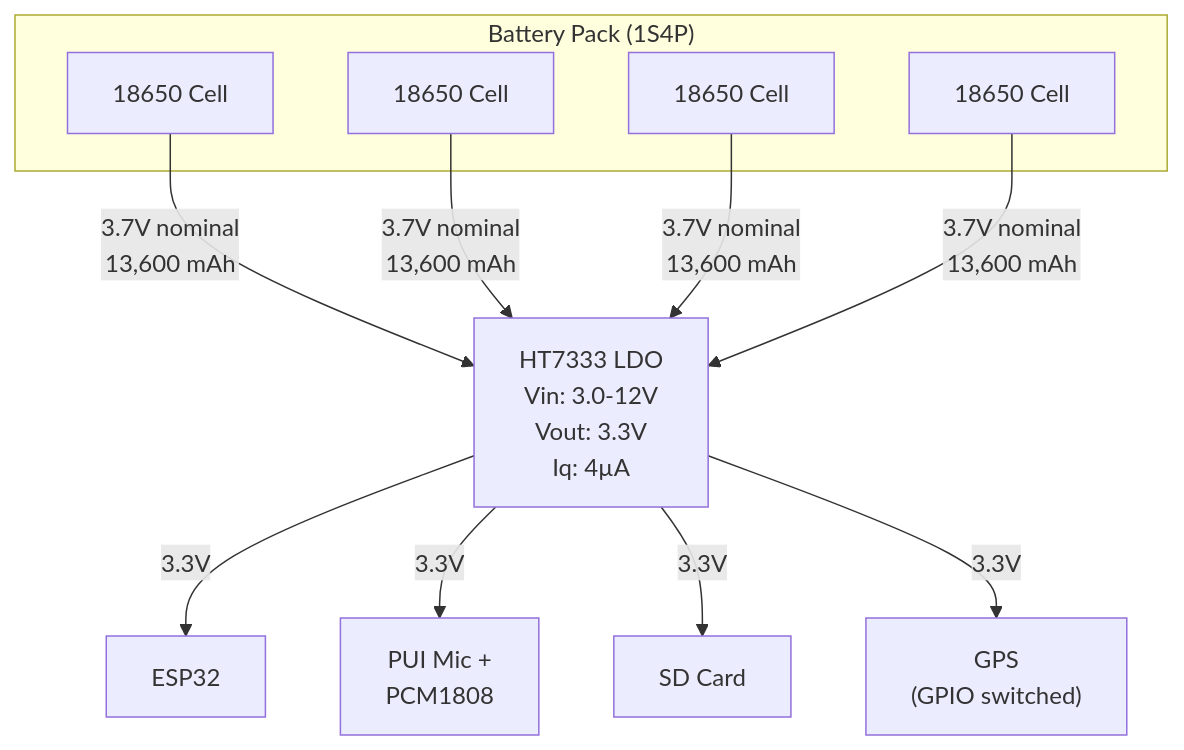
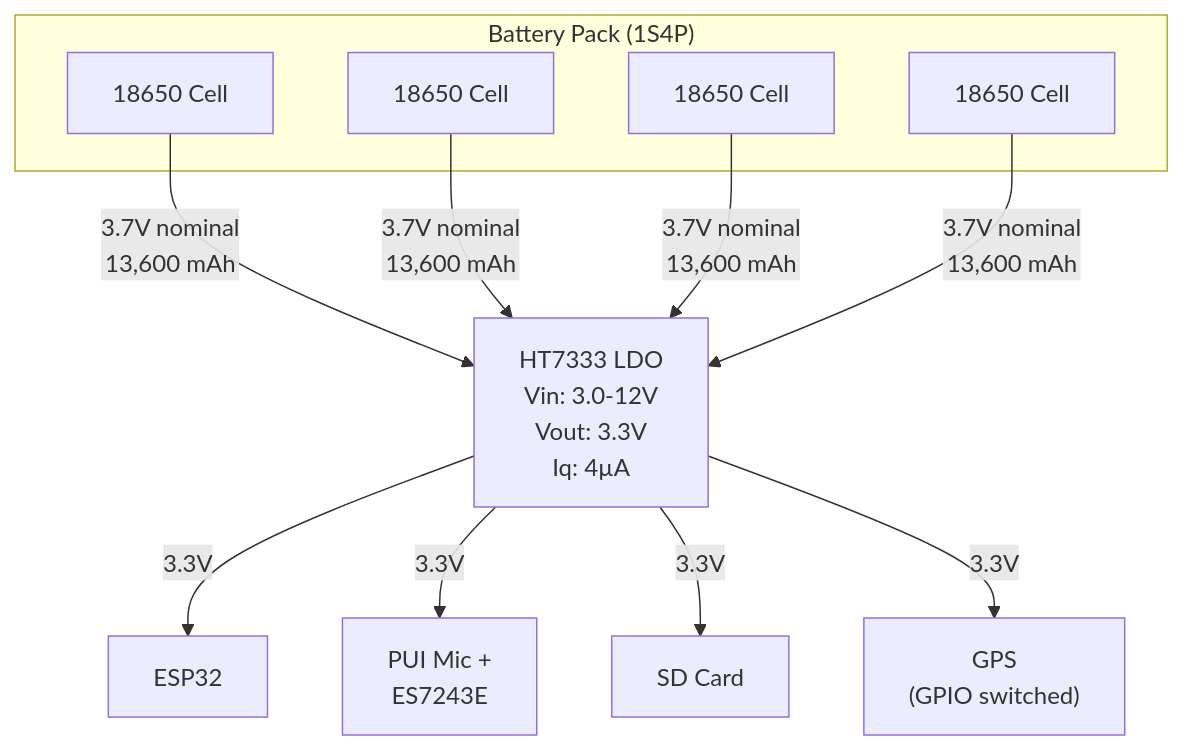
One commit to chriskinal/QuailTracker changed the third of 7 diagrams in QuailARU_Design_Document.md. Above: the diagram before and after it, drawn with Mermaid. The commit also changed other lines of this file and 2 other files, not shown here.

First line of the commit message:
Update design doc with ES7243E ADC and add schematic reference

````diff
--- a/QuailARU_Design_Document.md
+++ b/QuailARU_Design_Document.md
@@ -127,18 +128,18 @@
 ```mermaid
 flowchart TD
     subgraph Battery["Battery Pack (1S4P)"]
         B1["18650 Cell"]
         B2["18650 Cell"]
         B3["18650 Cell"]
         B4["18650 Cell"]
     end
 
     REG["HT7333 LDO<br/>Vin: 3.0-12V<br/>Vout: 3.3V<br/>Iq: 4µA"]
 
     B1 & B2 & B3 & B4 -->|"3.7V nominal<br/>13,600 mAh"| REG
 
     REG -->|3.3V| ESP32["ESP32"]
-    REG -->|3.3V| AUDIO["PUI Mic +<br/>PCM1808"]
+    REG -->|3.3V| AUDIO["PUI Mic +<br/>ES7243E"]
     REG -->|3.3V| SDCARD["SD Card"]
     REG -->|3.3V| GPSSW["GPS<br/>(GPIO switched)"]
 ```
````
